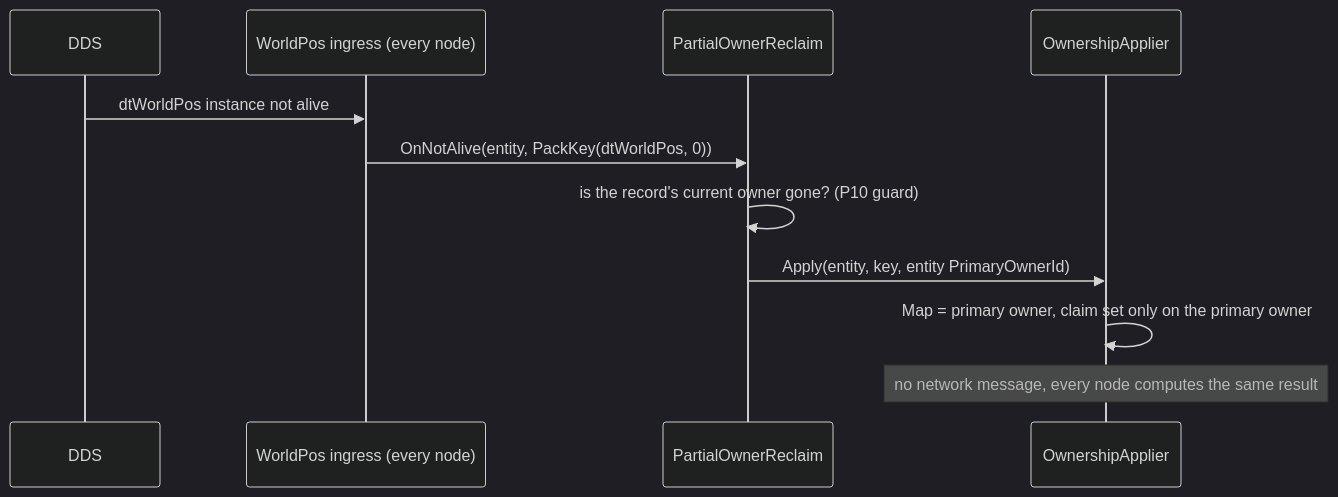
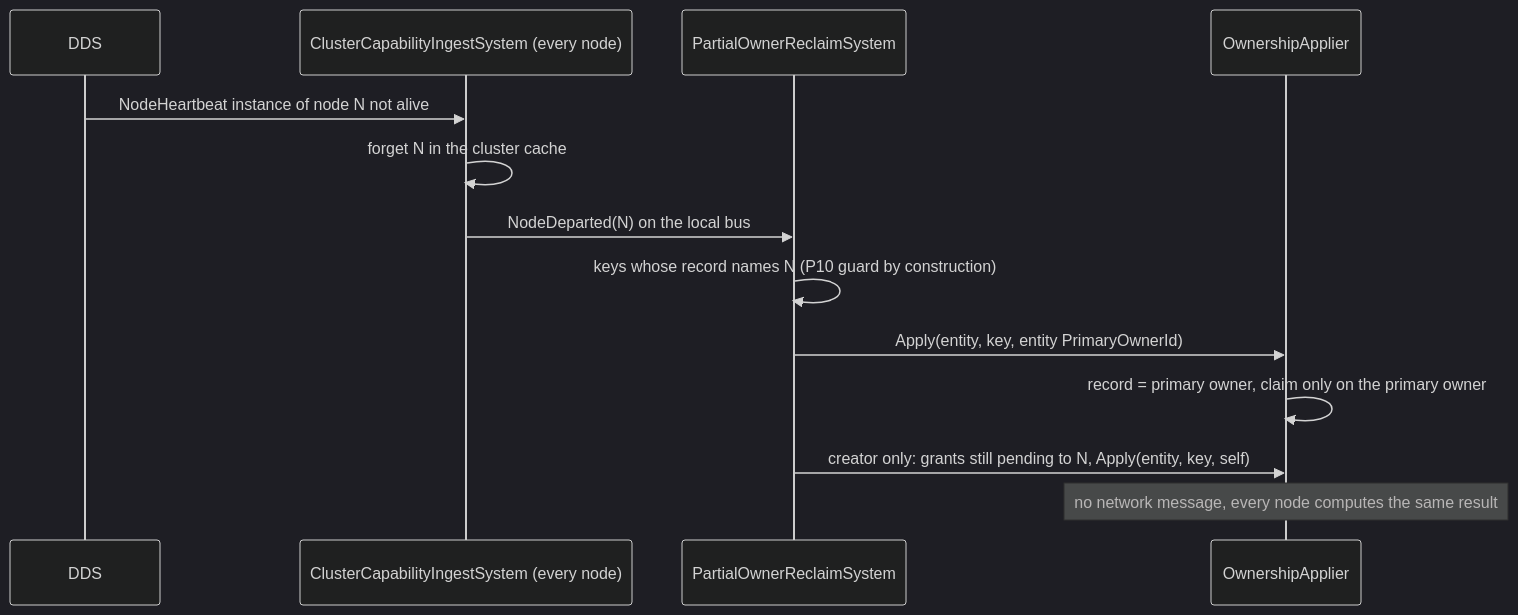
One commit to pjanec/HROT changed the fourth of 5 diagrams in docs/DESIGN_Ownership_Groups_And_Grants.md. Above: the diagram before and after it, drawn with Mermaid (dark theme). The commit also changed other lines of this file and 14 other files, not shown here.

First line of the commit message:
S7 (in verification): a departed node's ownership returns to the primary owner (B7, R-167, CE-512 b/c)

````diff
--- a/docs/DESIGN_Ownership_Groups_And_Grants.md
+++ b/docs/DESIGN_Ownership_Groups_And_Grants.md
@@ -317,13 +319,15 @@
 ```mermaid
 sequenceDiagram
   participant W as DDS
-  participant I as WorldPos ingress (every node)
-  participant R as PartialOwnerReclaim
+  participant I as ClusterCapabilityIngestSystem (every node)
+  participant R as PartialOwnerReclaimSystem
   participant A as OwnershipApplier
-  W->>I: dtWorldPos instance not alive
-  I->>R: OnNotAlive(entity, PackKey(dtWorldPos, 0))
-  R->>R: is the record's current owner gone? (P10 guard)
+  W->>I: NodeHeartbeat instance of node N not alive
+  I->>I: forget N in the cluster cache
+  I->>R: NodeDeparted(N) on the local bus
+  R->>R: keys whose record names N (P10 guard by construction)
   R->>A: Apply(entity, key, entity PrimaryOwnerId)
-  A->>A: Map = primary owner, claim set only on the primary owner
+  A->>A: record = primary owner, claim only on the primary owner
+  R->>A: creator only: grants still pending to N, Apply(entity, key, self)
   Note over A: no network message, every node computes the same result
 ```
````
